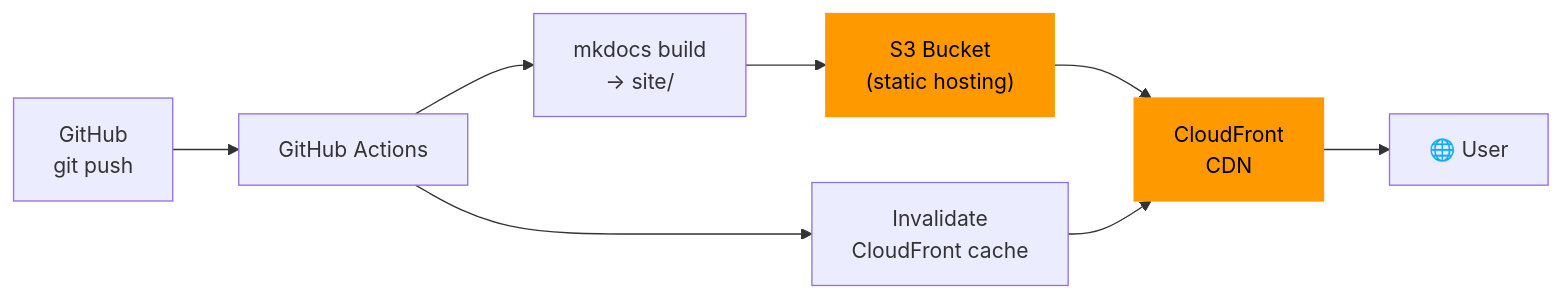
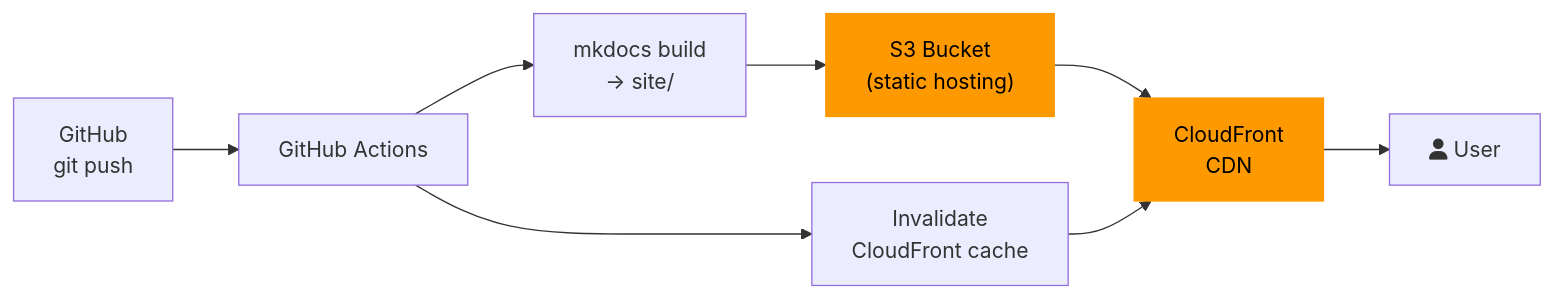
Before and after one commit to 12shubham/mkdocs-demo: the diagram in docs/deployment/aws.md, drawn with Mermaid. The commit also changed 8 other files, not shown here.

Commit message:
refactor: replace all emoji with fa: icons in Mermaid diagrams

````diff
--- a/docs/deployment/aws.md
+++ b/docs/deployment/aws.md
@@ -16,13 +16,13 @@
 ```mermaid
 graph LR
     GH["GitHub\ngit push"] --> GA["GitHub Actions"]
     GA --> BUILD["mkdocs build\n→ site/"]
     BUILD --> S3["S3 Bucket\n(static hosting)"]
     S3 --> CF["CloudFront\nCDN"]
-    CF --> USER["🌐 User"]
+    CF --> USER["fa:fa-user User"]
     GA --> INVAL["Invalidate\nCloudFront cache"]
     INVAL --> CF
 
     style CF fill:#FF9900,stroke:#FF9900,color:#000
     style S3  fill:#FF9900,stroke:#FF9900,color:#000
 ```
````
